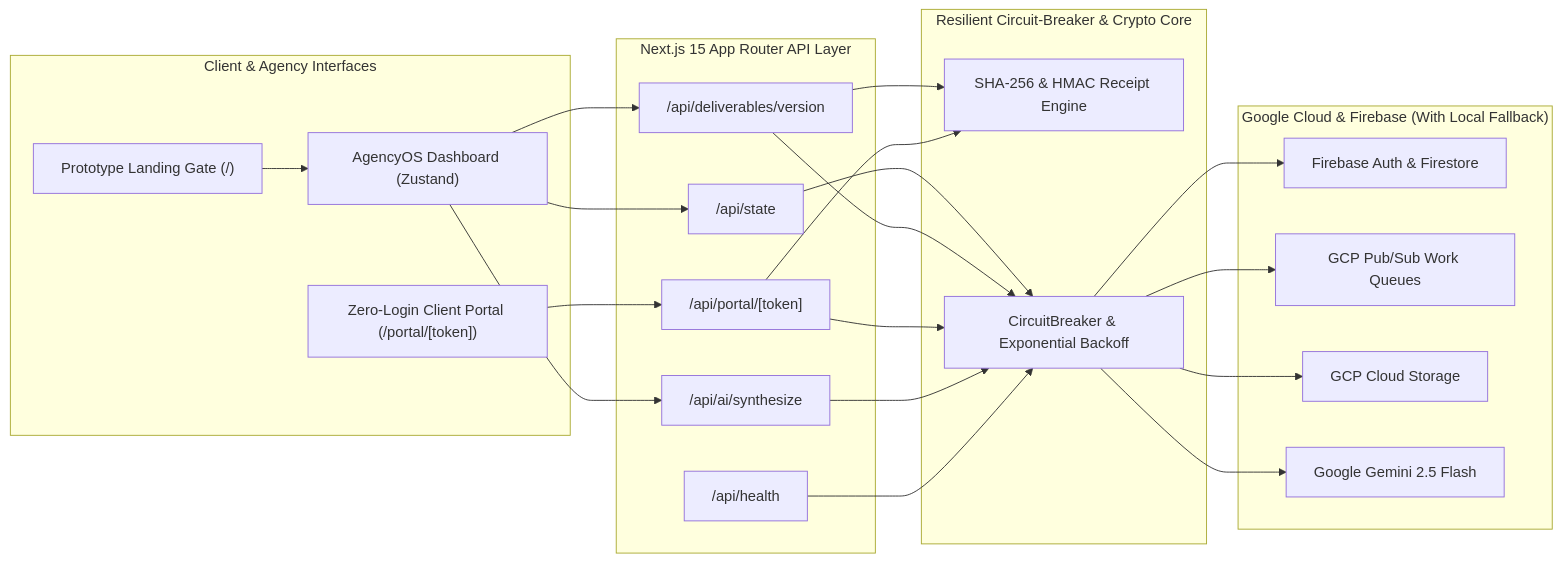
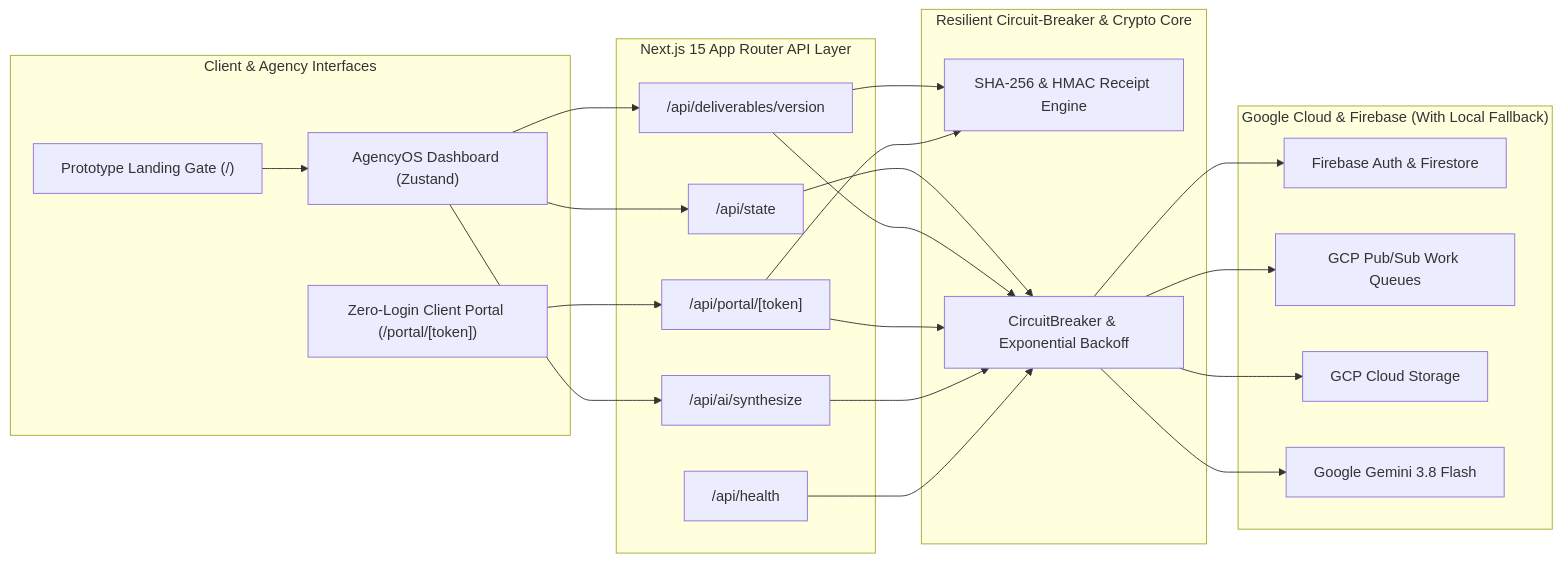
One commit to cyberzapp/AgencyOS changed the diagram in README.md. Above: the diagram before and after it, drawn with Mermaid. The commit also changed other lines of this file and 1 other file, not shown here.

Commit message:
chore(ai): upgrade to gemini-3.8-flash and Interactions API

````diff
--- a/README.md
+++ b/README.md
@@ -52,47 +52,47 @@
 ```mermaid
 flowchart LR
     subgraph ClientLayer["Client & Agency Interfaces"]
         Gate["Prototype Landing Gate (/)"]
         Workspace["AgencyOS Dashboard (Zustand)"]
         Portal["Zero-Login Client Portal (/portal/[token])"]
     end
 
     subgraph NextServer["Next.js 15 App Router API Layer"]
         StateAPI["/api/state"]
         VerAPI["/api/deliverables/version"]
         PortalAPI["/api/portal/[token]"]
         AiAPI["/api/ai/synthesize"]
         HealthAPI["/api/health"]
     end
 
     subgraph ResilienceLayer["Resilient Circuit-Breaker & Crypto Core"]
         Crypto["SHA-256 & HMAC Receipt Engine"]
         CB["CircuitBreaker & Exponential Backoff"]
     end
 
     subgraph CloudProviders["Google Cloud & Firebase (With Local Fallback)"]
         FB["Firebase Auth & Firestore"]
         PubSub["GCP Pub/Sub Work Queues"]
         GCS["GCP Cloud Storage"]
-        Gemini["Google Gemini 2.5 Flash"]
+        Gemini["Google Gemini 3.8 Flash"]
     end
 
     Gate --> Workspace
     Workspace --> StateAPI
     Workspace --> VerAPI
     Workspace --> AiAPI
     Portal --> PortalAPI
 
     StateAPI --> CB
     VerAPI --> Crypto
     PortalAPI --> Crypto
     VerAPI --> CB
     PortalAPI --> CB
     AiAPI --> CB
     HealthAPI --> CB
 
     CB --> FB
     CB --> PubSub
     CB --> GCS
     CB --> Gemini
 ```
````
